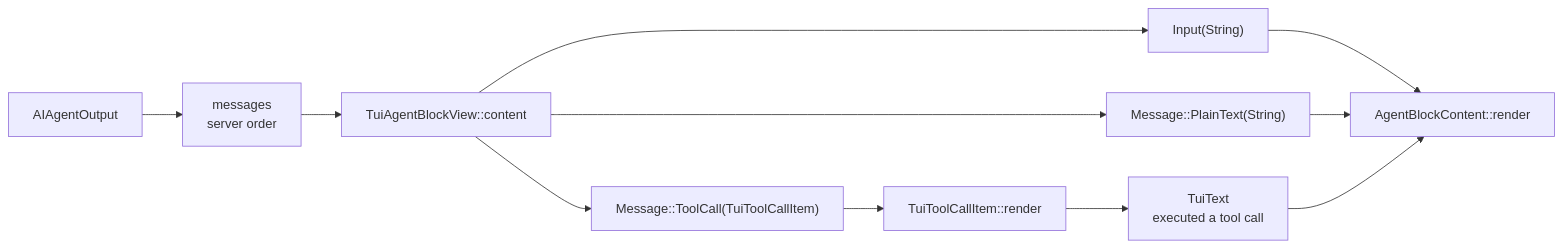
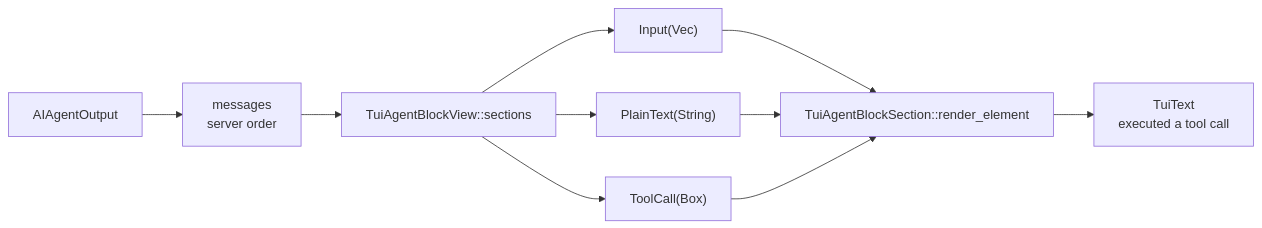
The second of 4 diagrams in specs/tui-agent-tool-calls/TECH.md (warpdotdev/warp), drawn with Mermaid before and after one commit. The commit also changed other lines of this file and 8 other files, not shown here.

````diff
--- a/specs/tui-agent-tool-calls/TECH.md
+++ b/specs/tui-agent-tool-calls/TECH.md
@@ -37,13 +37,12 @@
 ```mermaid
 flowchart LR
   Output["AIAgentOutput"] --> Messages["messages<br/>server order"]
-  Messages --> Adapter["TuiAgentBlockView::content"]
-  Adapter --> Input["Input(String)"]
-  Adapter --> Text["Message::PlainText(String)"]
-  Adapter --> Tool["Message::ToolCall(TuiToolCallItem)"]
-  Tool --> ToolRender["TuiToolCallItem::render"]
-  ToolRender --> Label["TuiText<br/>executed a tool call"]
-  Input --> Render["AgentBlockContent::render"]
+  Messages --> Adapter["TuiAgentBlockView::sections"]
+  Adapter --> Input["Input(Vec<String>)"]
+  Adapter --> Text["PlainText(String)"]
+  Adapter --> Tool["ToolCall(Box<AIAgentAction>)"]
+  Input --> Render["TuiAgentBlockSection::render_element"]
   Text --> Render
-  Label --> Render
+  Tool --> Render
+  Render --> Label["TuiText<br/>executed a tool call"]
 ```
````
